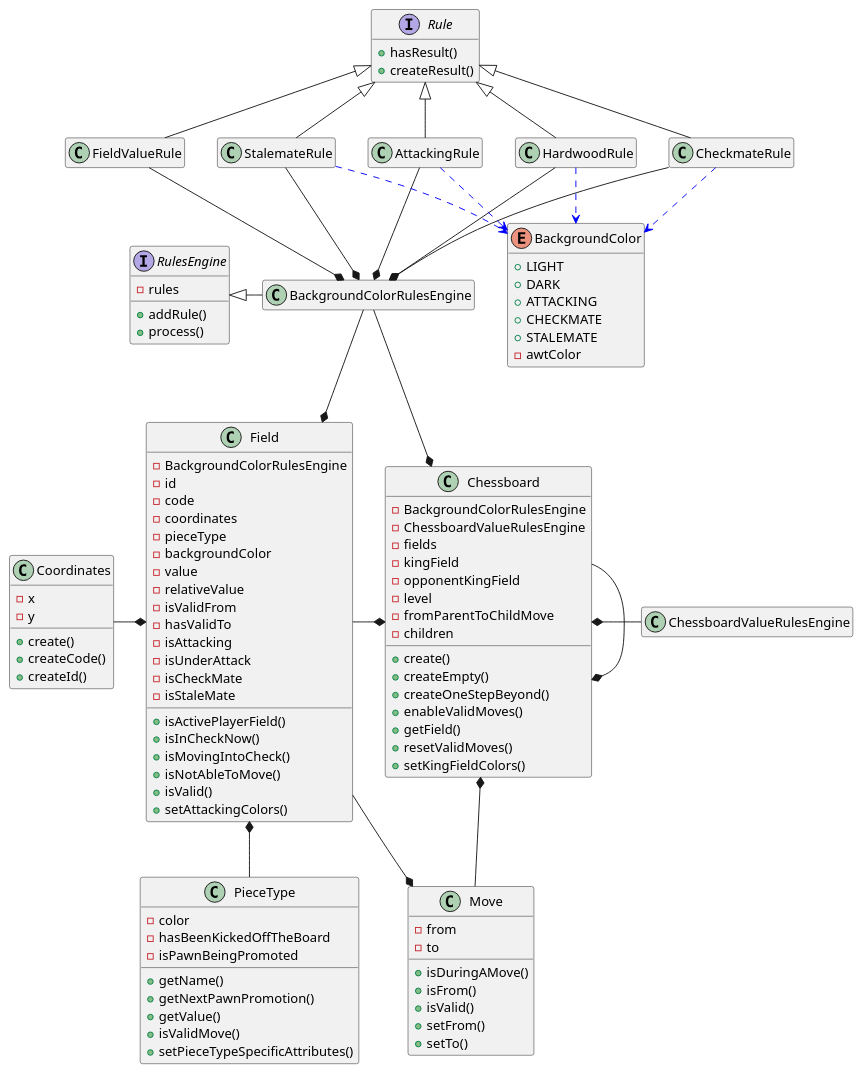
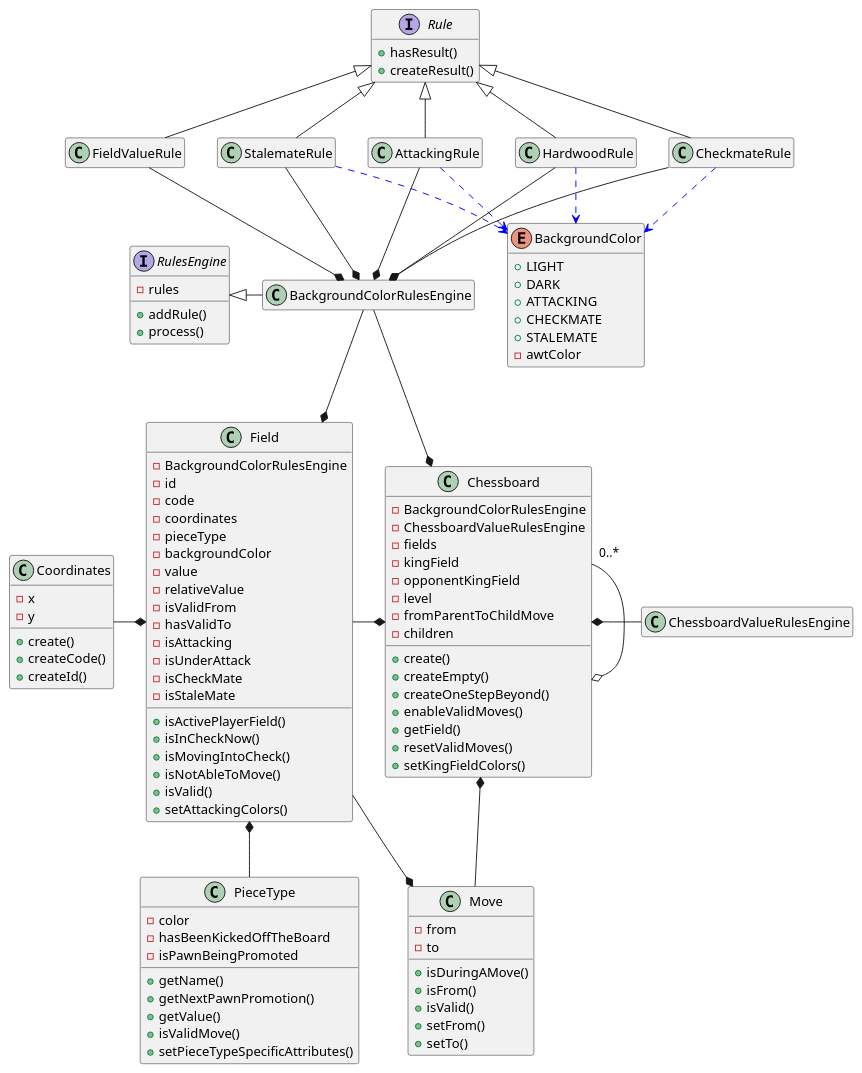
Before and after one commit to tiktaalick/chess-with-database: the diagram in game/src/main/resources/uml/chessboard.puml, drawn with PlantUML. The commit also changed 1 other file, not shown here.

Commit message:
* Minor updates to the class diagrams.

```diff
--- a/game/src/main/resources/uml/chessboard.puml
+++ b/game/src/main/resources/uml/chessboard.puml
@@ -1,134 +1,134 @@
 @startuml
 
 '--------------'
 'Hidden members'
 '--------------'
 hide empty members
 
 '----------'
 'Chessboard'
 '----------'
 class Chessboard {
     - BackgroundColorRulesEngine
     - ChessboardValueRulesEngine
     - fields
     - kingField
     - opponentKingField
     - level
     - fromParentToChildMove
     - children
     + create()
     + createEmpty()
     + createOneStepBeyond()
     + enableValidMoves()
     + getField()
     + resetValidMoves()
     + setKingFieldColors()
 }
 
 class BackgroundColorRulesEngine {
 
 }
 
 class Field {
     - BackgroundColorRulesEngine
     - id
     - code
     - coordinates
     - pieceType
     - backgroundColor
     - value
     - relativeValue
     - isValidFrom
     - hasValidTo
     - isAttacking
     - isUnderAttack
     - isCheckMate
     - isStaleMate
     + isActivePlayerField()
     + isInCheckNow()
     + isMovingIntoCheck()
     + isNotAbleToMove()
     + isValid()
     + setAttackingColors()
 }
 
 class Move {
     - from
     - to
     + isDuringAMove()
     + isFrom()
     + isValid()
     + setFrom()
     + setTo()
 }
 
 class Coordinates {
     - x
     - y
     + create()
     + createCode()
     + createId()
 }
 
 class PieceType {
     - color
     - hasBeenKickedOffTheBoard
     - isPawnBeingPromoted
     + getName()
     + getNextPawnPromotion()
     + getValue()
     + isValidMove()
     + setPieceTypeSpecificAttributes()
 }
 
 interface RulesEngine {
     - rules
     + addRule()
     + process()
 }
 
 interface Rule {
     + hasResult()
     + createResult()
 }
 
 enum BackgroundColor {
     + LIGHT
     + DARK
     + ATTACKING
     + CHECKMATE
     + STALEMATE
     - awtColor
 
 }
 
 '---------'
 'Relations'
 '---------'
 Chessboard *-up- BackgroundColorRulesEngine
 Chessboard *-right- ChessboardValueRulesEngine
 Chessboard *-left- Field
 Chessboard *-right- Move
-Chessboard --* Chessboard
+Chessboard "0..*"--o Chessboard
 Field *-up- BackgroundColorRulesEngine
 Field *-left- Coordinates
 Field *-- PieceType
 Field --* Move
 BackgroundColorRulesEngine *-up- HardwoodRule
 BackgroundColorRulesEngine *-up- FieldValueRule
 BackgroundColorRulesEngine *-up- AttackingRule
 BackgroundColorRulesEngine *-up- StalemateRule
 BackgroundColorRulesEngine *-up- CheckmateRule
 BackgroundColorRulesEngine -left-|> RulesEngine
 HardwoodRule -up-|> Rule
 FieldValueRule -up-|> Rule
 AttackingRule -up-|> Rule
 StalemateRule -up-|> Rule
 CheckmateRule -up-|> Rule
 HardwoodRule .down[#blue].> BackgroundColor
 AttackingRule .down[#blue].> BackgroundColor
 StalemateRule .down[#blue].> BackgroundColor
 CheckmateRule .down[#blue].> BackgroundColor
 
 @enduml
```
